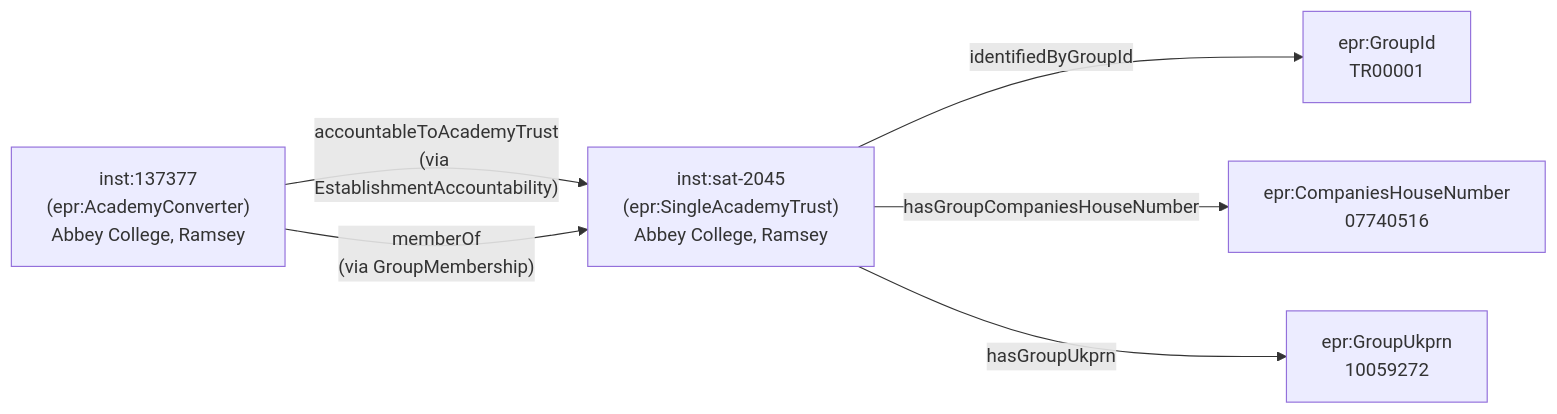
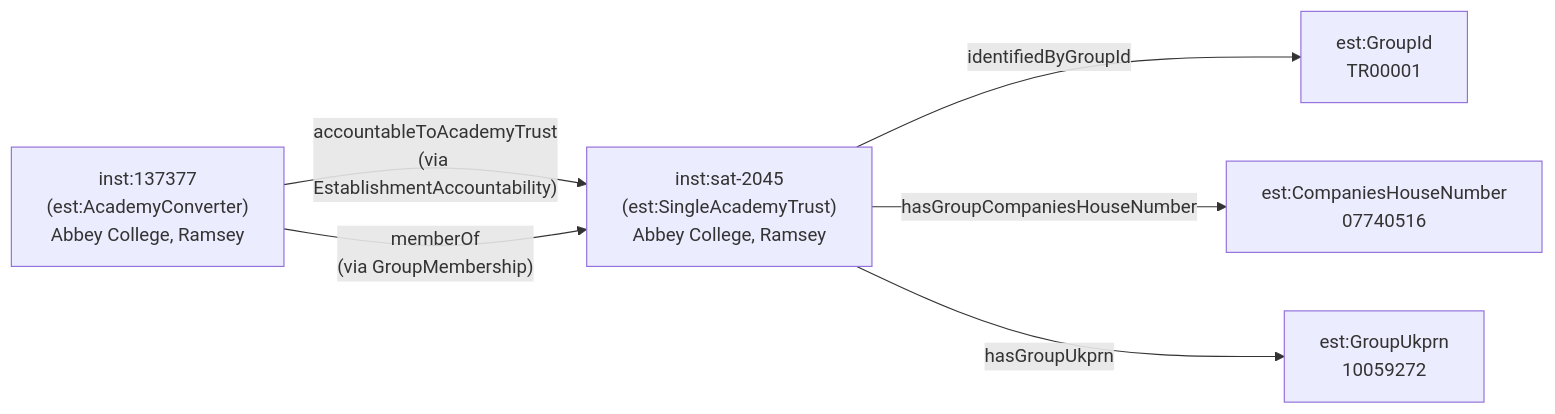
Before and after one commit to DFE-Digital/education-provider-registry-docs: the diagram in docs-site/content/models/establishment/examples/sat.md, drawn with Mermaid. The commit also changed other lines of this file and 42 other files, not shown here.

````diff
--- a/docs-site/content/models/establishment/examples/sat.md
+++ b/docs-site/content/models/establishment/examples/sat.md
@@ -43,13 +43,13 @@
 ```mermaid
 graph LR
-    SAT["inst:sat-2045<br/>(epr:SingleAcademyTrust)<br/>Abbey College, Ramsey"]
+    SAT["inst:sat-2045<br/>(est:SingleAcademyTrust)<br/>Abbey College, Ramsey"]
 
-    SAT -->|identifiedByGroupId| GID["epr:GroupId<br/>TR00001"]
-    SAT -->|hasGroupCompaniesHouseNumber| CH["epr:CompaniesHouseNumber<br/>07740516"]
-    SAT -->|hasGroupUkprn| UKPRN["epr:GroupUkprn<br/>10059272"]
+    SAT -->|identifiedByGroupId| GID["est:GroupId<br/>TR00001"]
+    SAT -->|hasGroupCompaniesHouseNumber| CH["est:CompaniesHouseNumber<br/>07740516"]
+    SAT -->|hasGroupUkprn| UKPRN["est:GroupUkprn<br/>10059272"]
 
-    A["inst:137377<br/>(epr:AcademyConverter)<br/>Abbey College, Ramsey"]
+    A["inst:137377<br/>(est:AcademyConverter)<br/>Abbey College, Ramsey"]
 
     A -->|"accountableToAcademyTrust<br/>(via EstablishmentAccountability)"| SAT
     A -->|"memberOf<br/>(via GroupMembership)"| SAT
 ```
````
